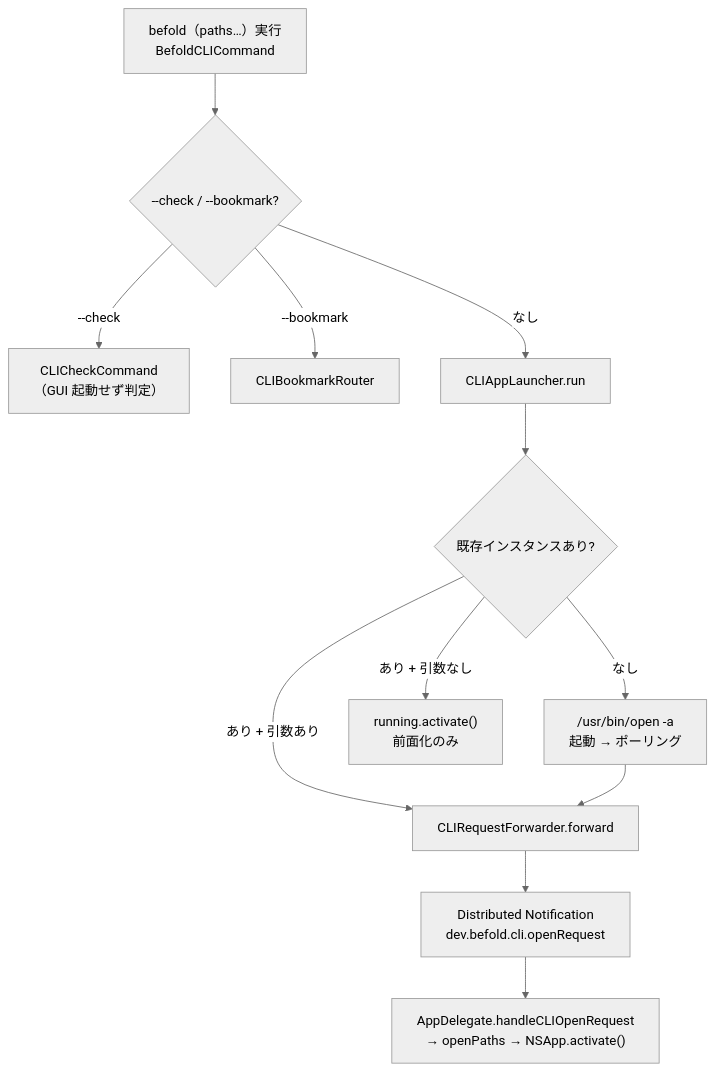
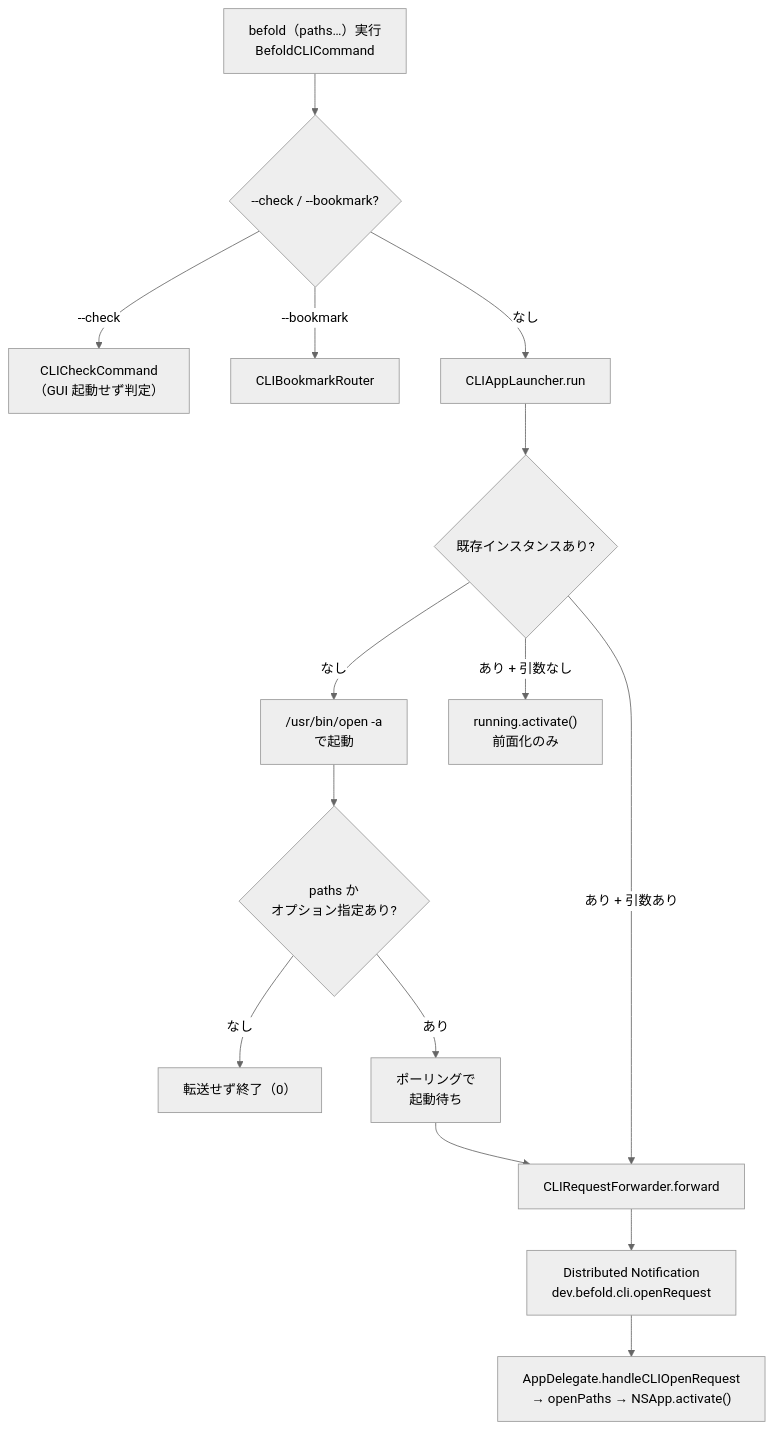
The diagram in docs/dev/cli-launch.md (YTommy109/befold), drawn with Mermaid (neutral theme) before and after one commit. The commit also changed other lines of this file and 3 other files, not shown here.

````diff
--- a/docs/dev/cli-launch.md
+++ b/docs/dev/cli-launch.md
@@ -45,14 +48,17 @@
 ```mermaid
 flowchart TD
   A["befold（paths…）実行<br/>BefoldCLICommand"] --> B{"--check / --bookmark?"}
   B -- "--check" --> C["CLICheckCommand<br/>（GUI 起動せず判定）"]
   B -- "--bookmark" --> D["CLIBookmarkRouter"]
   B -- なし --> E["CLIAppLauncher.run"]
   E --> F{"既存インスタンスあり?"}
-  F -- "なし" --> G["/usr/bin/open -a<br/>起動 → ポーリング"]
+  F -- "なし" --> G["/usr/bin/open -a<br/>で起動"]
   F -- "あり + 引数なし" --> H["running.activate()<br/>前面化のみ"]
   F -- "あり + 引数あり" --> I["CLIRequestForwarder.forward"]
-  G --> I
+  G --> G2{"paths か<br/>オプション指定あり?"}
+  G2 -- "なし" --> G3["転送せず終了（0）"]
+  G2 -- "あり" --> G4["ポーリングで<br/>起動待ち"]
+  G4 --> I
   I --> J["Distributed Notification<br/>dev.befold.cli.openRequest"]
   J --> K["AppDelegate.handleCLIOpenRequest<br/>→ openPaths → NSApp.activate()"]
 ```
````
